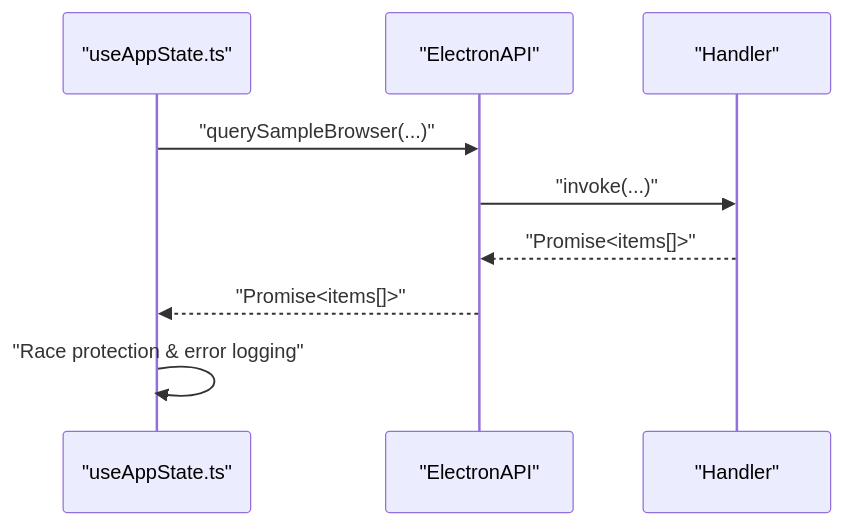
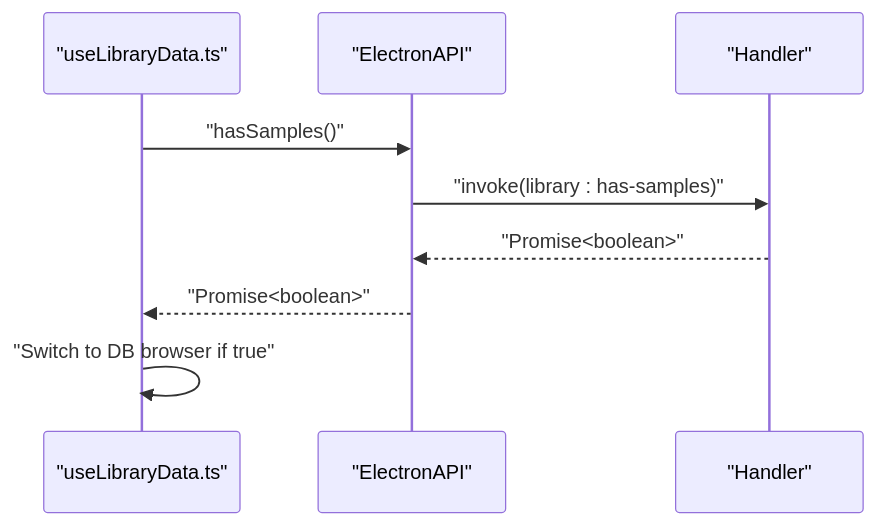
The seventh of 8 diagrams in .qoder/repowiki/en/content/IPC Communication.md (satyrlord/mixjam-electron), drawn with Mermaid before and after one commit. The commit also changed other lines of this file and 7 other files, not shown here.

First line of the commit message:
feat(data-management): centralize audio extensions and add hasSamples function

````diff
--- a/.qoder/repowiki/en/content/IPC Communication.md
+++ b/.qoder/repowiki/en/content/IPC Communication.md
@@ -275,11 +370,11 @@
 ```mermaid
 sequenceDiagram
-participant UI as "useAppState.ts"
+participant UI as "useLibraryData.ts"
 participant API as "ElectronAPI"
 participant H as "Handler"
-UI->>API : "querySampleBrowser(...)"
-API->>H : "invoke(...)"
-H-->>API : "Promise<items[]>"
-API-->>UI : "Promise<items[]>"
-UI->>UI : "Race protection & error logging"
+UI->>API : "hasSamples()"
+API->>H : "invoke(library : has-samples)"
+H-->>API : "Promise<boolean>"
+API-->>UI : "Promise<boolean>"
+UI->>UI : "Switch to DB browser if true"
 ```
````
